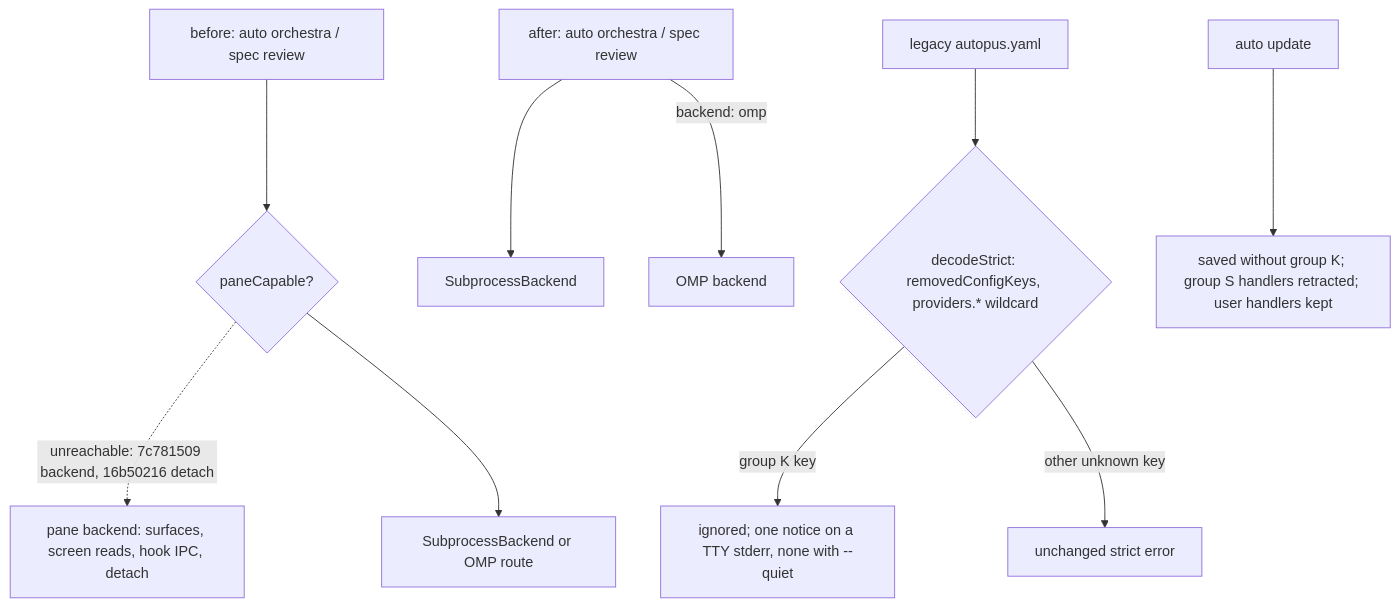
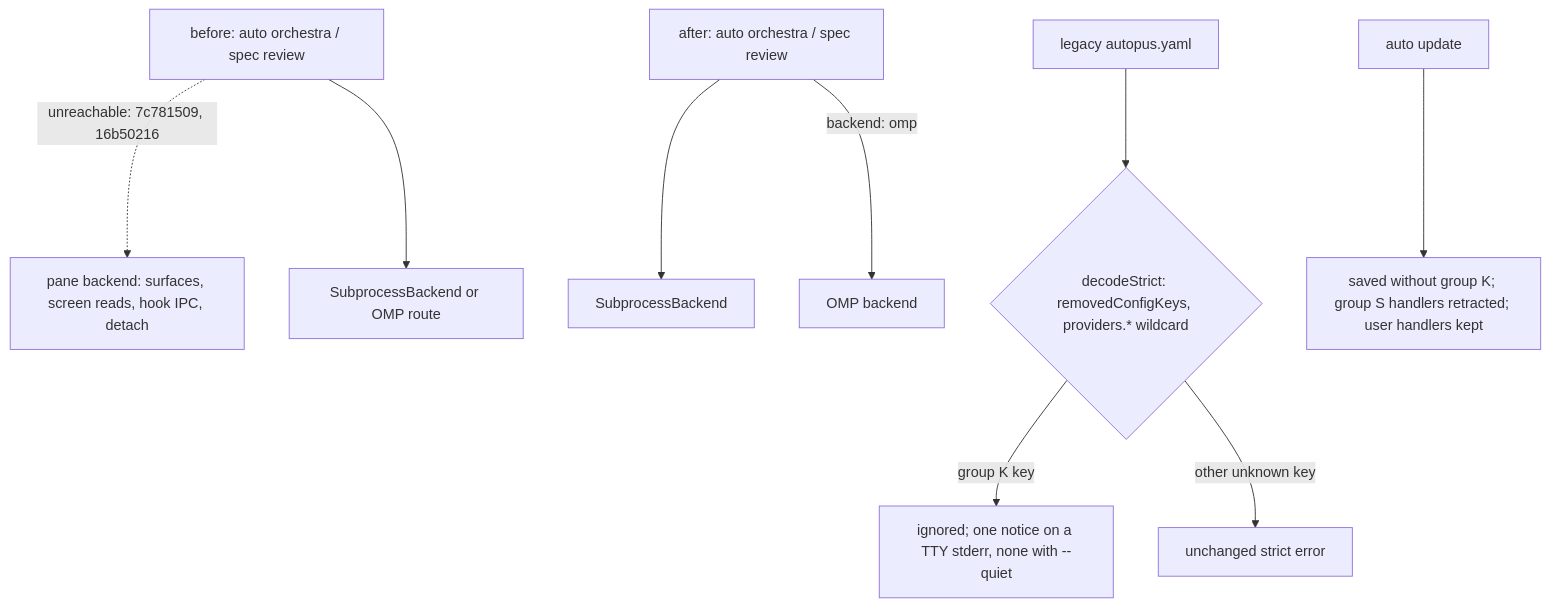
Before and after one commit to autopus-ai/autopus-adk: the diagram in .autopus/specs/SPEC-PANERM-001/research.md, drawn with Mermaid. The commit also changed other lines of this file and 2 other files, not shown here.

First line of the commit message:
docs(spec): PANERM-001 W0 잔여 답변·coverage 기준선·census 보강을 남긴다

````diff
--- a/.autopus/specs/SPEC-PANERM-001/research.md
+++ b/.autopus/specs/SPEC-PANERM-001/research.md
@@ -39,12 +37,11 @@
 ```mermaid
 flowchart TD
-  A1[before: auto orchestra / spec review] --> B1{paneCapable?}
-  B1 -. unreachable: 7c781509 backend, 16b50216 detach .-> P1[pane backend: surfaces, screen reads, hook IPC, detach]
-  B1 --> S1[SubprocessBackend or OMP route]
+  A1[before: auto orchestra / spec review] -. unreachable: 7c781509, 16b50216 .-> P1[pane backend: surfaces, screen reads, hook IPC, detach]
+  A1 --> S1[SubprocessBackend or OMP route]
   A2[after: auto orchestra / spec review] --> S2[SubprocessBackend]
   A2 -- backend: omp --> O2[OMP backend]
   L[legacy autopus.yaml] --> D{decodeStrict: removedConfigKeys, providers.* wildcard}
   D -- group K key --> W[ignored; one notice on a TTY stderr, none with --quiet]
   D -- other unknown key --> E[unchanged strict error]
   U[auto update] --> R[saved without group K; group S handlers retracted; user handlers kept]
 ```
````
